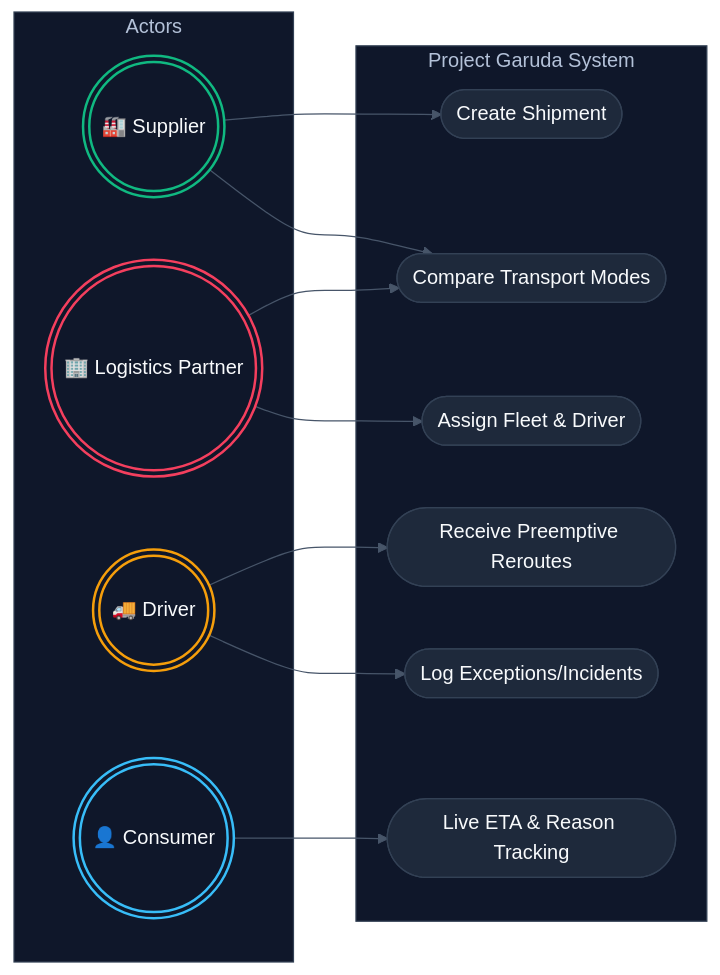
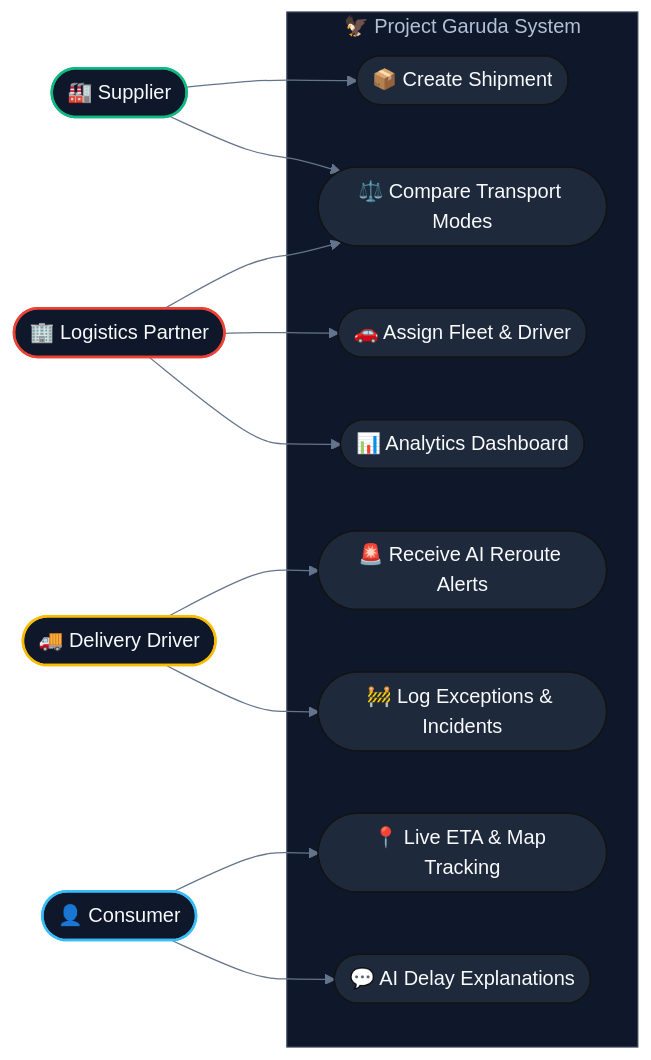
Before and after one commit to TechNoSena/Garuda: the third of 6 diagrams in readme.md, drawn with Mermaid. The commit also changed other lines of this file, not shown here.

````diff
--- a/readme.md
+++ b/readme.md
@@ -142,34 +204,41 @@
 ```mermaid
-%%{init: {"theme": "base", "themeVariables": {"primaryColor": "#1E293B", "primaryTextColor": "#F8FAFC", "primaryBorderColor": "#334155", "lineColor": "#475569", "clusterBkg": "#0F172A", "clusterBorder": "#334155"}}}%%
+%%{init: {"theme": "base", "themeVariables": {"primaryColor": "#1E293B", "primaryTextColor": "#F8FAFC", "lineColor": "#64748B", "clusterBkg": "#0F172A", "clusterBorder": "#334155"}}}%%
 flowchart LR
-    classDef default fill:#1E293B,stroke:#334155,stroke-width:1px,color:#F8FAFC;
+    classDef actor fill:#0F172A,stroke-width:2px,color:#F8FAFC;
 
-    subgraph Actors
-        Supplier(((🏭 Supplier)))
-        Logistics(((🏢 Logistics Partner)))
-        Driver(((🚚 Driver)))
-        Consumer(((👤 Consumer)))
-    end
+    Supplier(["🏭 Supplier"])
+    Logistics(["🏢 Logistics Partner"])
+    Driver(["🚚 Delivery Driver"])
+    Consumer(["👤 Consumer"])
 
-    subgraph "Project Garuda System"
-        UC1([Create Shipment])
-        UC2([Compare Transport Modes])
-        UC3([Assign Fleet & Driver])
-        UC4([Receive Preemptive Reroutes])
-        UC5([Log Exceptions/Incidents])
-        UC6([Live ETA & Reason Tracking])
+    subgraph GS["🦅 Project Garuda System"]
+        UC1(["📦 Create Shipment"])
+        UC2(["⚖️ Compare Transport Modes"])
+        UC3(["🚗 Assign Fleet & Driver"])
+        UC4(["🚨 Receive AI Reroute Alerts"])
+        UC5(["🚧 Log Exceptions & Incidents"])
+        UC6(["📍 Live ETA & Map Tracking"])
+        UC7(["💬 AI Delay Explanations"])
+        UC8(["📊 Analytics Dashboard"])
     end
 
     Supplier --> UC1
     Supplier --> UC2
     Logistics --> UC2
     Logistics --> UC3
+    Logistics --> UC8
     Driver --> UC4
     Driver --> UC5
     Consumer --> UC6
+    Consumer --> UC7
 
-    style Supplier fill:#0F172A,stroke:#10B981,stroke-width:2px,color:#F8FAFC
-    style Logistics fill:#0F172A,stroke:#F43F5E,stroke-width:2px,color:#F8FAFC
-    style Driver fill:#0F172A,stroke:#F59E0B,stroke-width:2px,color:#F8FAFC
-    style Consumer fill:#0F172A,stroke:#38BDF8,stroke-width:2px,color:#F8FAFC
+    class Supplier actor
+    class Logistics actor
+    class Driver actor
+    class Consumer actor
+
+    style Supplier stroke:#10B981
+    style Logistics stroke:#EA4335
+    style Driver stroke:#FBBC04
+    style Consumer stroke:#38BDF8
 ```
````
